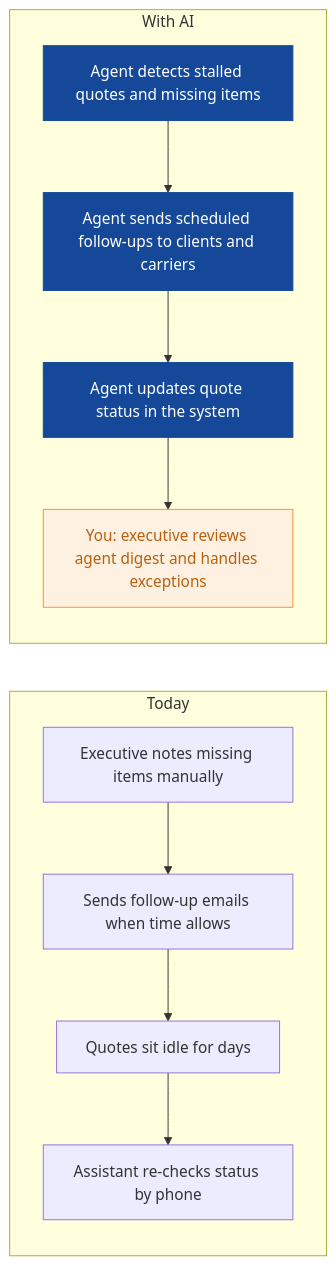
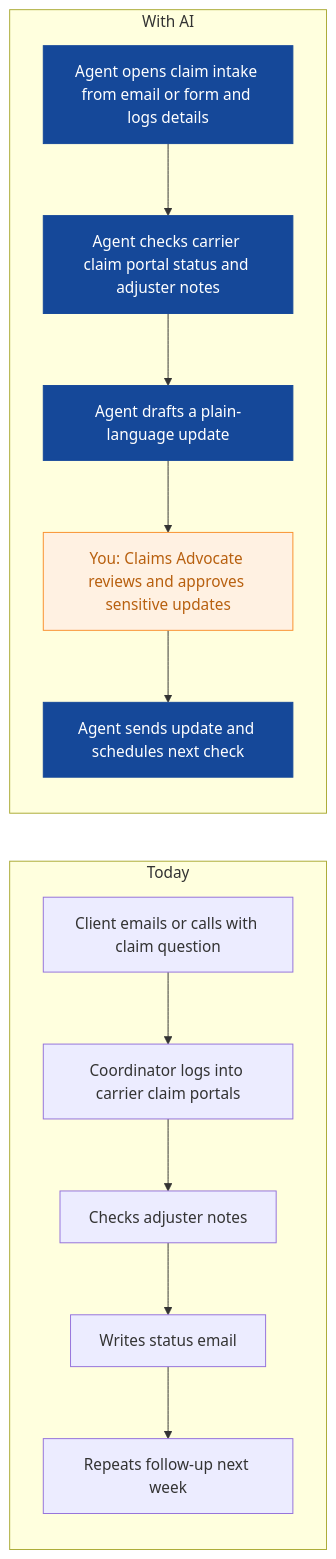
Before and after one commit to nexibeo/Complete-AI-Strategy: the third of 9 diagrams in strategies/clearpath-insurance-brokers.md, drawn with Mermaid. The commit also changed other lines of this file and 26 other files, not shown here.

````diff
--- a/strategies/clearpath-insurance-brokers.md
+++ b/strategies/clearpath-insurance-brokers.md
@@ -105,21 +111,23 @@
 ```mermaid
 flowchart LR
   subgraph Today
-    B0["Executive notes missing items manually"]
-    B1["Sends follow-up emails when time allows"]
-    B2["Quotes sit idle for days"]
-    B3["Assistant re-checks status by phone"]
-    B0 --> B1 --> B2 --> B3
+    B0["Client emails or calls with claim question"]
+    B1["Coordinator logs into carrier claim portals"]
+    B2["Checks adjuster notes"]
+    B3["Writes status email"]
+    B4["Repeats follow-up next week"]
+    B0 --> B1 --> B2 --> B3 --> B4
   end
   subgraph WithAI[With AI]
-    A0["Agent detects stalled quotes and missing items"]
-    A1["Agent sends scheduled follow-ups to clients and carriers"]
-    A2["Agent updates quote status in the system"]
-    A3["You: executive reviews agent digest and handles exceptions"]
-    A0 --> A1 --> A2 --> A3
+    A0["Agent opens claim intake from email or form and logs details"]
+    A1["Agent checks carrier claim portal status and adjuster notes"]
+    A2["Agent drafts a plain-language update"]
+    A3["You: Claims Advocate reviews and approves sensitive updates"]
+    A4["Agent sends update and schedules next check"]
+    A0 --> A1 --> A2 --> A3 --> A4
   end
   classDef ai fill:#154899,color:#fff,stroke:#154899
   classDef human fill:#FFF1E2,color:#B8600F,stroke:#F98F2C
-  class A0,A1,A2 ai
+  class A0,A1,A2,A4 ai
   class A3 human
 ```
````
